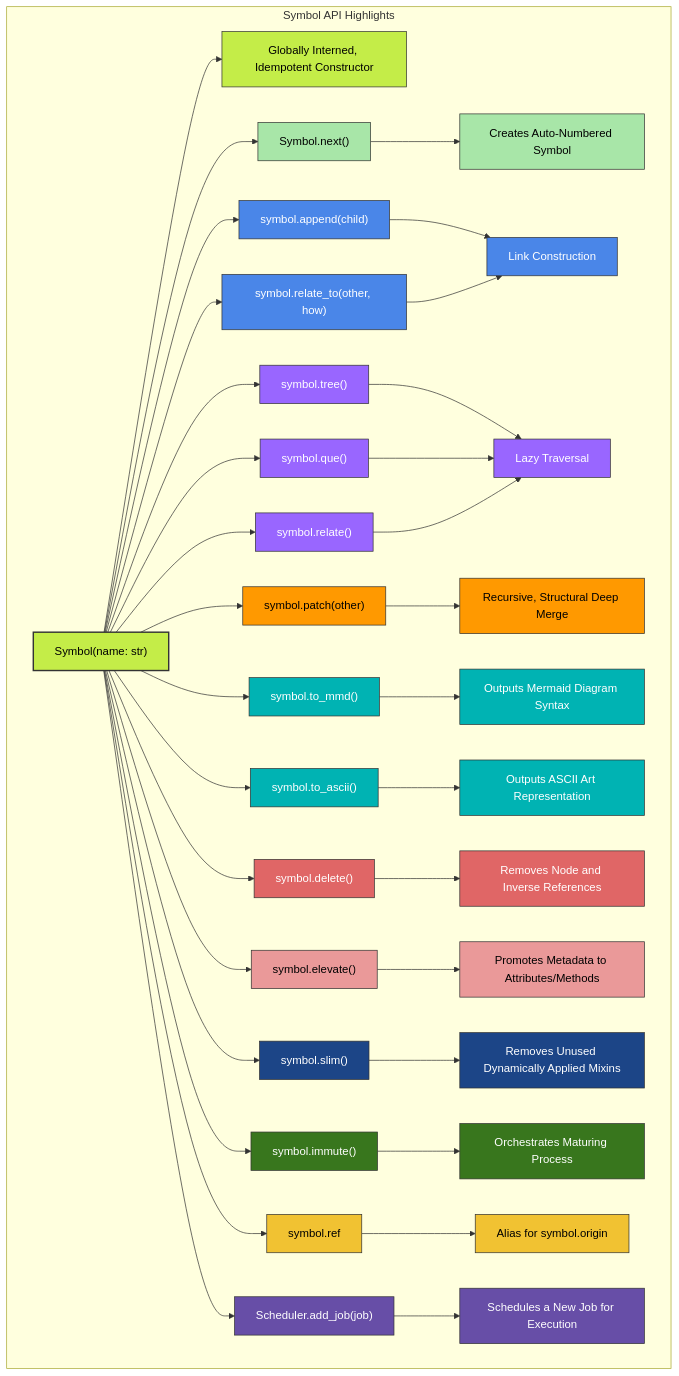
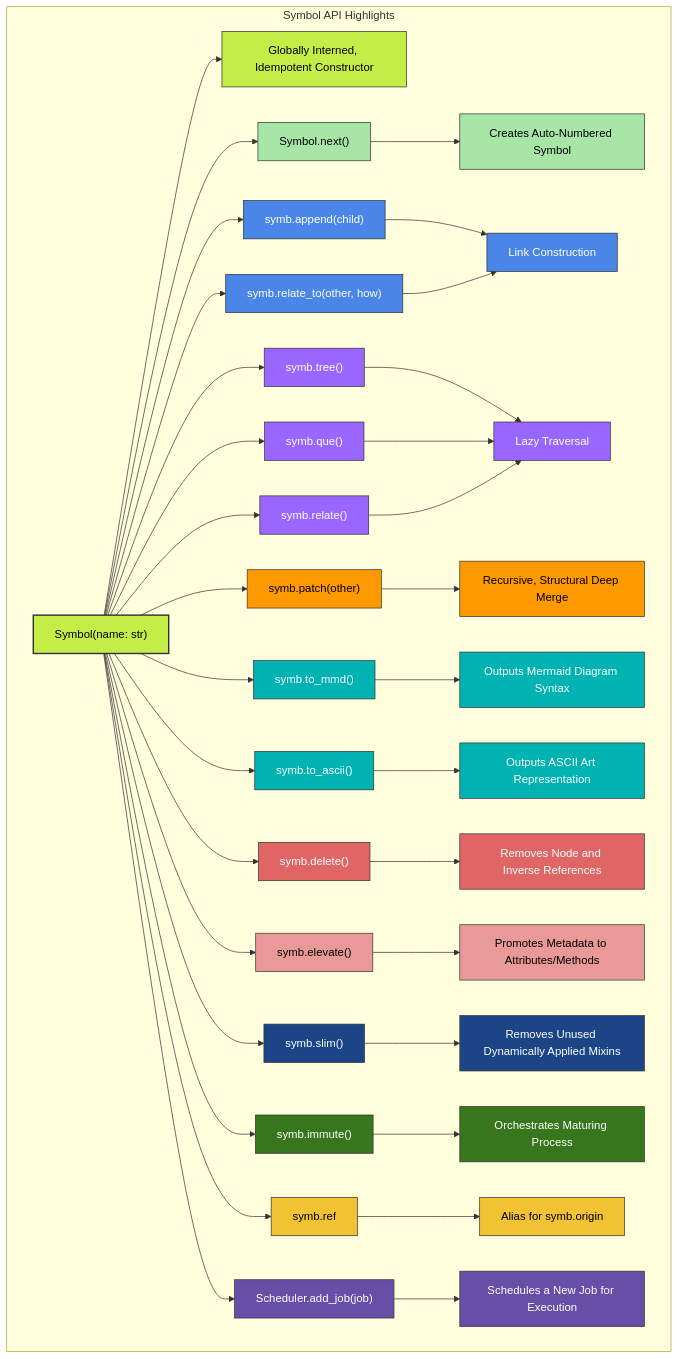
One commit to ikko/sym changed the diagram in docs/topics/8_api_highlights/api_overview.mmd. Above: the diagram before and after it, drawn with Mermaid. The commit also changed 92 other files, not shown here.

Commit message:
rename symbol to symb

```diff
--- a/docs/topics/8_api_highlights/api_overview.mmd
+++ b/docs/topics/8_api_highlights/api_overview.mmd
@@ -1,88 +1,88 @@
 
 graph
     subgraph "Symbol API Highlights"
         A[Symbol#40;name: str#41;] --> B[Globally Interned, Idempotent Constructor];
         A --> C[Symbol.next#40;#41;];
         C --> D[Creates Auto-Numbered Symbol];
-        A --> E[symbol.append#40;child#41;];
-        A --> F[symbol.relate_to#40;other, how#41;];
+        A --> E[symb.append#40;child#41;];
+        A --> F[symb.relate_to#40;other, how#41;];
         E --> G[Link Construction];
         F --> G;
-        A --> H[symbol.tree#40;#41;];
-        A --> I[symbol.que#40;#41;];
-        A --> J[symbol.relate#40;#41;];
+        A --> H[symb.tree#40;#41;];
+        A --> I[symb.que#40;#41;];
+        A --> J[symb.relate#40;#41;];
         H --> K[Lazy Traversal];
         I --> K;
         J --> K;
-        A --> L[symbol.patch#40;other#41;];
+        A --> L[symb.patch#40;other#41;];
         L --> M[Recursive, Structural Deep Merge];
-        A --> N[symbol.to_mmd#40;#41;];
+        A --> N[symb.to_mmd#40;#41;];
         N --> O[Outputs Mermaid Diagram Syntax];
-        A --> P[symbol.to_ascii#40;#41;];
+        A --> P[symb.to_ascii#40;#41;];
         P --> Q[Outputs ASCII Art Representation];
-        A --> R[symbol.delete#40;#41;];
+        A --> R[symb.delete#40;#41;];
         R --> S[Removes Node and Inverse References];
-        A --> T[symbol.elevate#40;#41;];
+        A --> T[symb.elevate#40;#41;];
         T --> U[Promotes Metadata to Attributes/Methods];
-        A --> V[symbol.slim#40;#41;];
+        A --> V[symb.slim#40;#41;];
         V --> W[Removes Unused Dynamically Applied Mixins];
-        A --> X[symbol.immute#40;#41;];
+        A --> X[symb.immute#40;#41;];
         X --> Y[Orchestrates Maturing Process];
-        A --> Z[symbol.ref];
-        Z --> AA[Alias for symbol.origin];
+        A --> Z[symb.ref];
+        Z --> AA[Alias for symb.origin];
         A --> AB[Scheduler.add_job#40;job#41;];
         AB --> AC[Schedules a New Job for Execution];
     end
 
     %% Main Symbol node
     style A fill:#c4ed48,stroke:#333,stroke-width:2px,color:#000000;
     style B fill:#c4ed48,stroke:#333,stroke-width:1px,color:#000000;
 
     %% Symbol creation group - light green
     style C fill:#a8e6a8,stroke:#333,stroke-width:1px,color:#000000;
     style D fill:#a8e6a8,stroke:#333,stroke-width:1px,color:#000000;
 
     %% Relationship management group - blue
     style E fill:#4a86e8,stroke:#333,stroke-width:1px,color:#ffffff;
     style F fill:#4a86e8,stroke:#333,stroke-width:1px,color:#ffffff;
     style G fill:#4a86e8,stroke:#333,stroke-width:1px,color:#ffffff;
 
     %% Traversal group - purple
     style H fill:#9966ff,stroke:#333,stroke-width:1px,color:#ffffff;
     style I fill:#9966ff,stroke:#333,stroke-width:1px,color:#ffffff;
     style J fill:#9966ff,stroke:#333,stroke-width:1px,color:#ffffff;
     style K fill:#9966ff,stroke:#333,stroke-width:1px,color:#ffffff;
 
     %% Data manipulation group - orange
     style L fill:#ff9900,stroke:#333,stroke-width:1px,color:#000000;
     style M fill:#ff9900,stroke:#333,stroke-width:1px,color:#000000;
 
     %% Visualization group - teal
     style N fill:#00b3b3,stroke:#333,stroke-width:1px,color:#ffffff;
     style O fill:#00b3b3,stroke:#333,stroke-width:1px,color:#ffffff;
     style P fill:#00b3b3,stroke:#333,stroke-width:1px,color:#ffffff;
     style Q fill:#00b3b3,stroke:#333,stroke-width:1px,color:#ffffff;
 
     %% Node management group - red
     style R fill:#e06666,stroke:#333,stroke-width:1px,color:#ffffff;
     style S fill:#e06666,stroke:#333,stroke-width:1px,color:#ffffff;
 
     %% Metadata management group - pink
     style T fill:#ea9999,stroke:#333,stroke-width:1px,color:#000000;
     style U fill:#ea9999,stroke:#333,stroke-width:1px,color:#000000;
 
     %% Optimization group - dark blue
     style V fill:#1c4587,stroke:#333,stroke-width:1px,color:#ffffff;
     style W fill:#1c4587,stroke:#333,stroke-width:1px,color:#ffffff;
 
     %% Lifecycle management group - dark green
     style X fill:#38761d,stroke:#333,stroke-width:1px,color:#ffffff;
     style Y fill:#38761d,stroke:#333,stroke-width:1px,color:#ffffff;
 
     %% Reference management group - gold
     style Z fill:#f1c232,stroke:#333,stroke-width:1px,color:#000000;
     style AA fill:#f1c232,stroke:#333,stroke-width:1px,color:#000000;
 
     %% Scheduling group - dark purple
     style AB fill:#674ea7,stroke:#333,stroke-width:1px,color:#ffffff;
     style AC fill:#674ea7,stroke:#333,stroke-width:1px,color:#ffffff;
```
